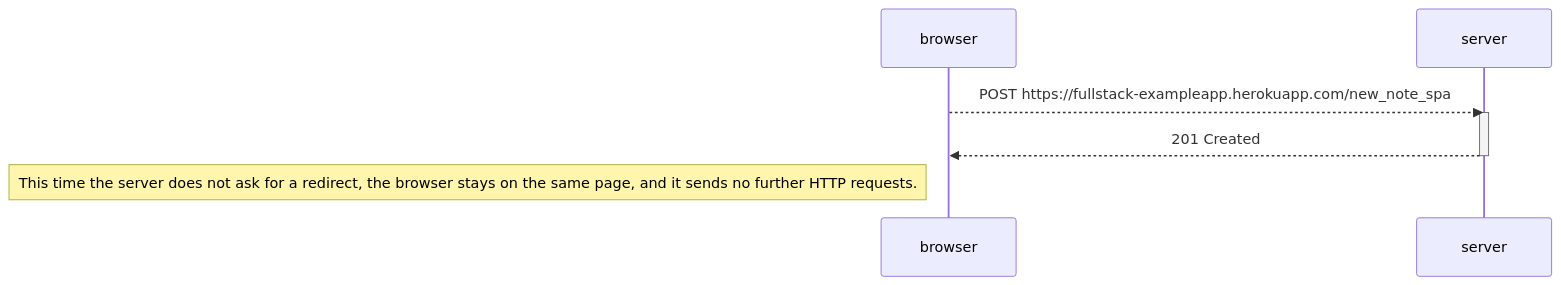
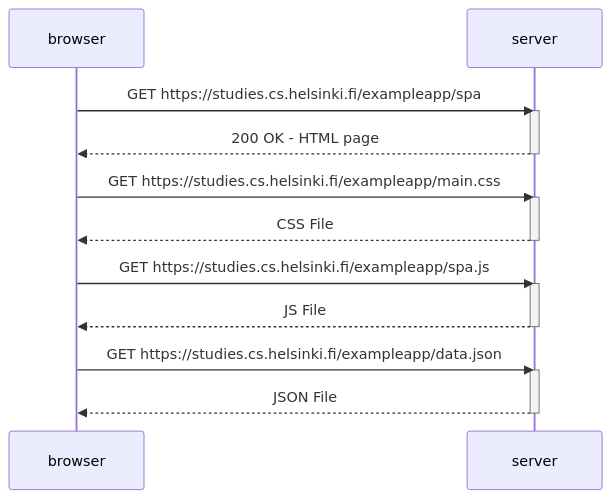
The diagram in part0/exercise_0.5.md (njw1520/full_stack_open), drawn with Mermaid before and after one commit. The commit also changed 1 other file, not shown here.

Commit message:
Changed exercise 0.5 to 0.6 and created and completed 0.5

````diff
--- a/part0/exercise_0.5.md
+++ b/part0/exercise_0.5.md
@@ -1,12 +1,25 @@
 ``` mermaid
   sequenceDiagram
   participant browser
   participant server
 
-  browser-->>server: POST https://fullstack-exampleapp.herokuapp.com/new_note_spa
+  browser->>server: GET https://studies.cs.helsinki.fi/exampleapp/spa
   activate server
-  server-->>browser: 201 Created
+  server-->>browser: 200 OK - HTML page
   deactivate server
 
-  Note left of browser: This time the server does not ask for a redirect, the browser stays on the same page, and it sends no further HTTP requests.
+  browser->>server: GET https://studies.cs.helsinki.fi/exampleapp/main.css
+  activate server
+  server-->>browser: CSS File
+  deactivate server
+
+  browser->>server: GET https://studies.cs.helsinki.fi/exampleapp/spa.js
+  activate server
+  server-->>browser: JS File
+  deactivate server
+
+  browser->>server: GET https://studies.cs.helsinki.fi/exampleapp/data.json
+  activate server
+  server-->>browser: JSON File
+  deactivate server
 ```
````
